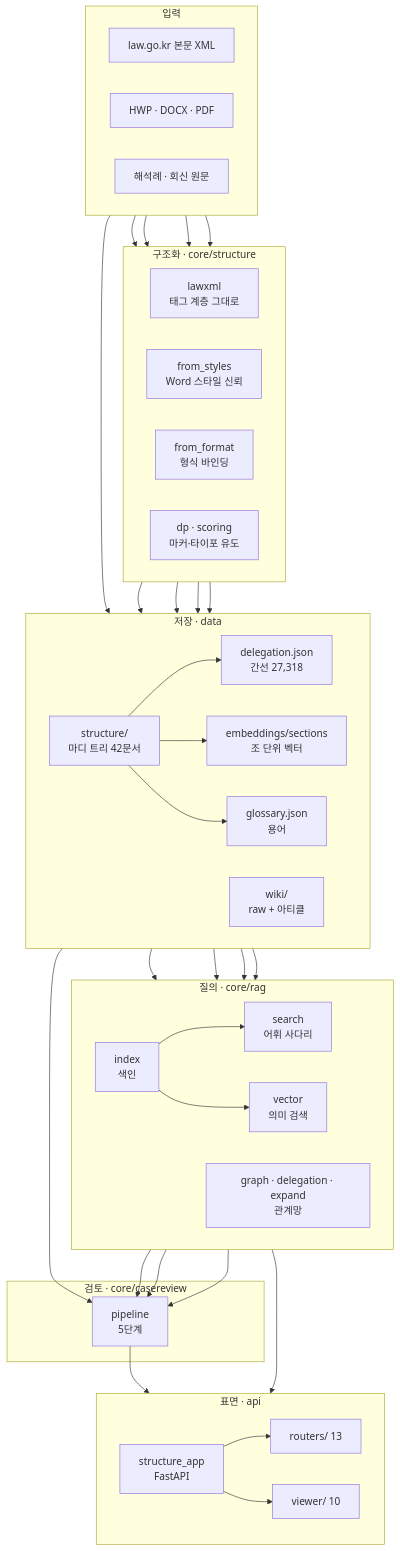
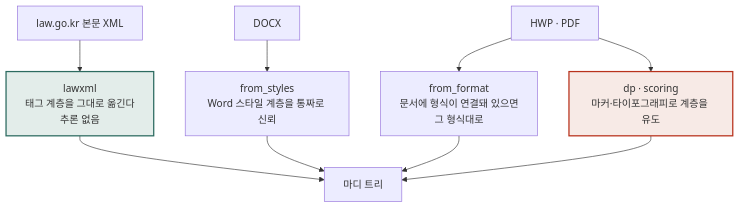
Before and after one commit to Fromson99/8agent: the first of 9 diagrams in docs/ARCH_SYSTEM.md, drawn with Mermaid. The commit also changed other lines of this file and 2 other files, not shown here.

````diff
--- a/docs/ARCH_SYSTEM.md
+++ b/docs/ARCH_SYSTEM.md
@@ -9,66 +31,13 @@
 ```mermaid
 flowchart TB
-  subgraph L0["입력"]
-    direction LR
-    I1["law.go.kr 본문 XML"]
-    I2["HWP · DOCX · PDF"]
-    I3["해석례 · 회신 원문"]
-  end
-  subgraph L1["구조화 · core/structure"]
-    direction LR
-    A1["lawxml<br/>태그 계층 그대로"]
-    A2["from_styles<br/>Word 스타일 신뢰"]
-    A3["from_format<br/>형식 바인딩"]
-    A4["dp · scoring<br/>마커·타이포 유도"]
-  end
-  subgraph L2["저장 · data"]
-    direction LR
-    D1["structure/<br/>마디 트리 42문서"]
-    D2["delegation.json<br/>간선 27,318"]
-    D3["embeddings/sections<br/>조 단위 벡터"]
-    D4["wiki/<br/>raw + 아티클"]
-    D5["glossary.json<br/>용어"]
-  end
-  subgraph L3["질의 · core/rag"]
-    direction LR
-    R1["index<br/>색인"]
-    R2["search<br/>어휘 사다리"]
-    R3["vector<br/>의미 검색"]
-    R4["graph · delegation · expand<br/>관계망"]
-  end
-  subgraph L4["검토 · core/casereview"]
-    P1["pipeline<br/>5단계"]
-  end
-  subgraph L5["표면 · api"]
-    direction LR
-    S1["structure_app<br/>FastAPI"]
-    S2["routers/ 13"]
-    S3["viewer/ 10"]
-  end
-  I1 --> A1
-  I2 --> A2
-  I2 --> A3
-  I2 --> A4
-  A1 --> D1
-  A2 --> D1
-  A3 --> D1
-  A4 --> D1
-  D1 --> D2
-  D1 --> D3
-  D1 --> D5
-  I3 --> D4
-  D1 --> R1
-  D2 --> R4
-  D3 --> R3
-  D5 --> R1
-  R1 --> R2
-  R1 --> R3
-  R2 --> P1
-  R3 --> P1
-  R4 --> P1
-  D4 --> P1
-  P1 --> S2
-  R1 --> S2
-  S1 --> S2
-  S1 --> S3
+  I1["law.go.kr 본문 XML"] --> A1["lawxml<br/>태그 계층을 그대로 옮긴다<br/>추론 없음"]
+  I2["DOCX"] --> A2["from_styles<br/>Word 스타일 계층을 통짜로 신뢰"]
+  I3["HWP · PDF"] --> A3["from_format<br/>문서에 형식이 연결돼 있으면<br/>그 형식대로"]
+  I3 --> A4["dp · scoring<br/>마커·타이포그래피로 계층을 유도"]
+  A1 --> T["마디 트리"]
+  A2 --> T
+  A3 --> T
+  A4 --> T
+  style A1 fill:#E3EDEA,stroke:#2C6B60,stroke-width:2px
+  style A4 fill:#F7EAE6,stroke:#B8321C,stroke-width:2px
 ```
````
